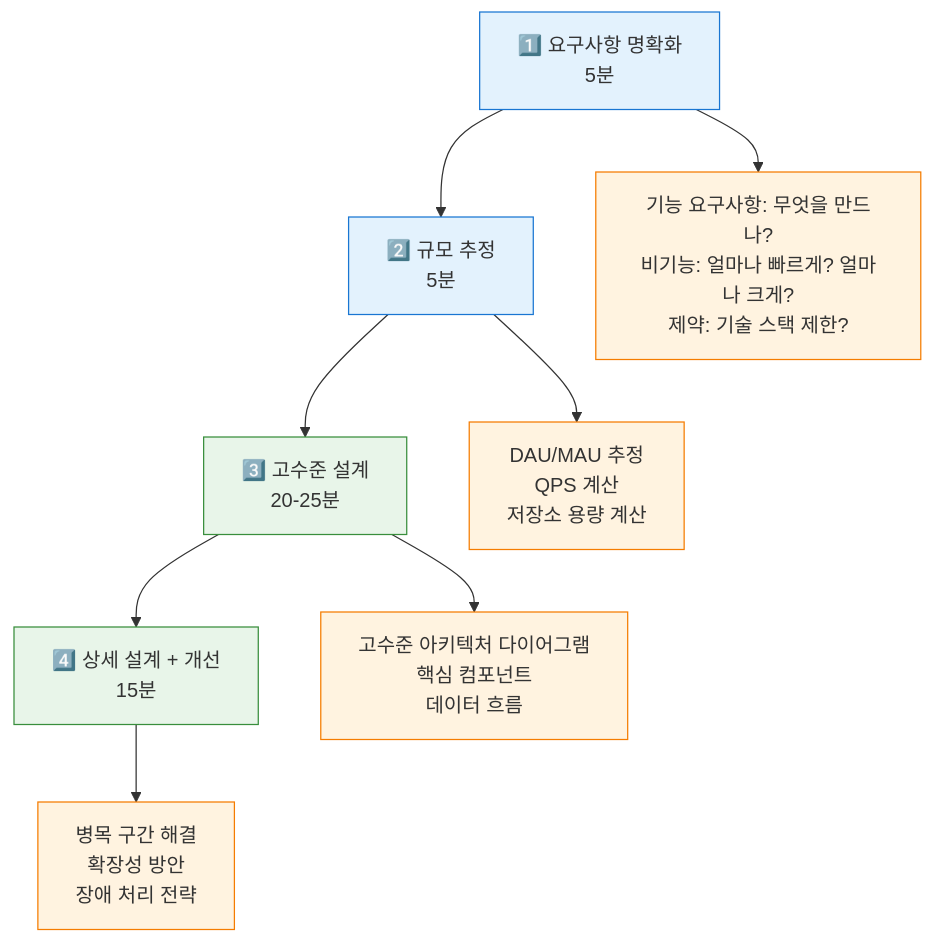
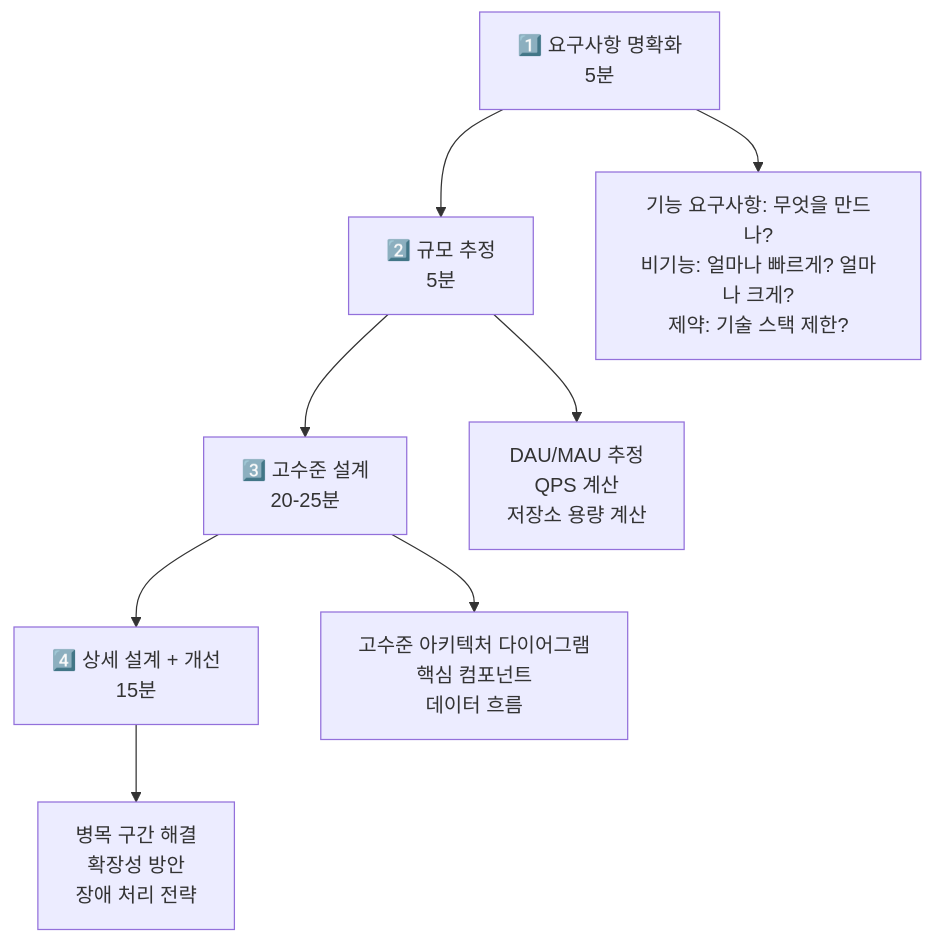
Before and after one commit to yjkim2015/yjkim2015.github.io: diagram 16 of 17 in _posts/systemdesign/2026-05-02-system-design-fundamentals.md, drawn with Mermaid. The commit also changed other lines of this file and 215 other files, not shown here.

First line of the commit message:
신규 포스트 10개 추가 + Mermaid 전면 축소 + SystemDesign 시리즈 보강

````diff
--- a/_posts/systemdesign/2026-05-02-system-design-fundamentals.md
+++ b/_posts/systemdesign/2026-05-02-system-design-fundamentals.md
@@ -730,18 +539,10 @@
 ```mermaid
 graph TD
     Step1["1️⃣ 요구사항 명확화\n5분"] --> Step2["2️⃣ 규모 추정\n5분"]
     Step2 --> Step3["3️⃣ 고수준 설계\n20-25분"]
     Step3 --> Step4["4️⃣ 상세 설계 + 개선\n15분"]
-
     Step1 --> Q1["기능 요구사항: 무엇을 만드나?\n비기능: 얼마나 빠르게? 얼마나 크게?\n제약: 기술 스택 제한?"]
     Step2 --> Q2["DAU/MAU 추정\nQPS 계산\n저장소 용량 계산"]
     Step3 --> Q3["고수준 아키텍처 다이어그램\n핵심 컴포넌트\n데이터 흐름"]
     Step4 --> Q4["병목 구간 해결\n확장성 방안\n장애 처리 전략"]
-
-    classDef client fill:#e3f2fd,stroke:#1976d2
-    classDef server fill:#e8f5e9,stroke:#388e3c
-    classDef db fill:#fff3e0,stroke:#f57c00
-    class Step1,Step2 client
-    class Step3,Step4 server
-    class Q1,Q2,Q3,Q4 db
 ```
````
